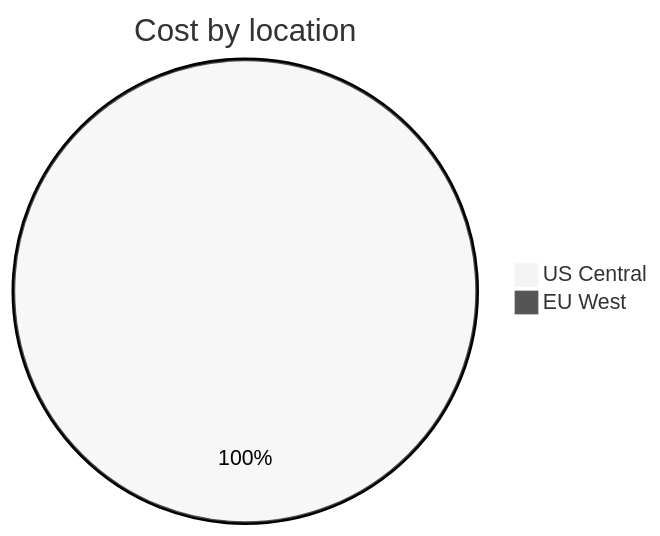
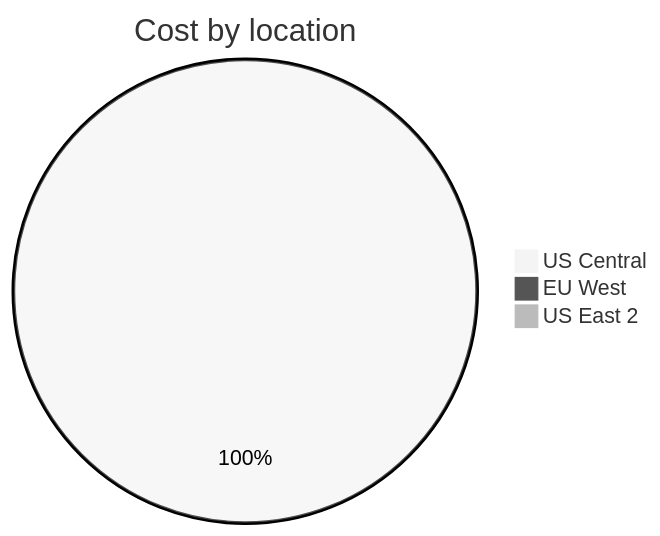
One commit to jpfulton/azure-personal-reports changed the third of 4 diagrams in cost-reports/personal-site/personal-site-preview.md. Above: the diagram before and after it, drawn with Mermaid (neutral theme). The commit also changed other lines of this file and 8 other files, not shown here.

````diff
--- a/cost-reports/personal-site/personal-site-preview.md
+++ b/cost-reports/personal-site/personal-site-preview.md
@@ -108,6 +109,7 @@
 ```mermaid
 pie
    title Cost by location
-   "US Central" : 0.68
+   "US Central" : 1.15
    "EU West" : 0.00
+   "US East 2" : 0.00
 ```
````
